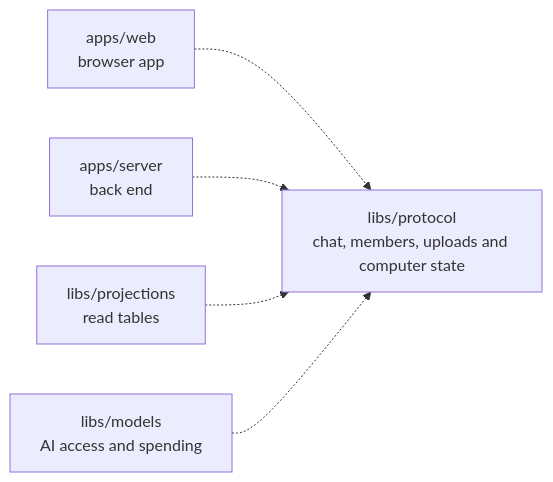
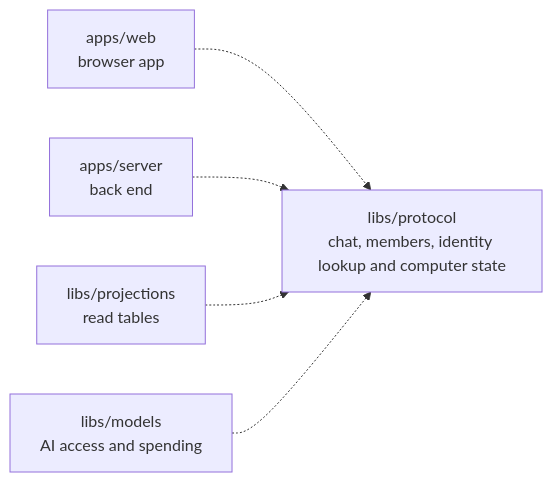
The diagram in libs/protocol/README.md (elewa-git/opencrane-new), drawn with Mermaid before and after one commit. The commit also changed other lines of this file and 20 other files, not shown here.

````diff
--- a/libs/protocol/README.md
+++ b/libs/protocol/README.md
@@ -11,7 +11,7 @@
 ```mermaid
 flowchart LR
-  web["apps/web<br/>browser app"] -.-> protocol["libs/protocol<br/>chat, members, uploads and computer state"]
+  web["apps/web<br/>browser app"] -.-> protocol["libs/protocol<br/>chat, members, identity lookup and computer state"]
   server["apps/server<br/>back end"] -.-> protocol
   projections["libs/projections<br/>read tables"] -.-> protocol
   models["libs/models<br/>AI access and spending"] -.-> protocol
 ```
````
